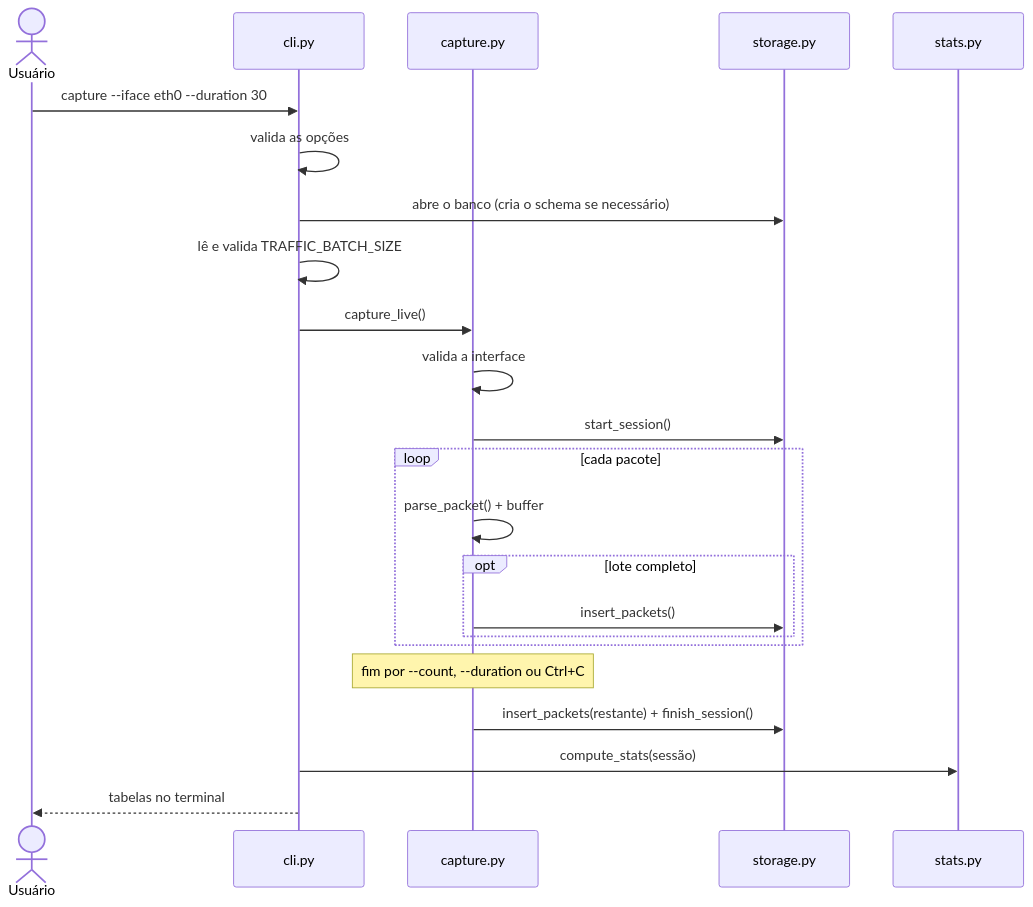
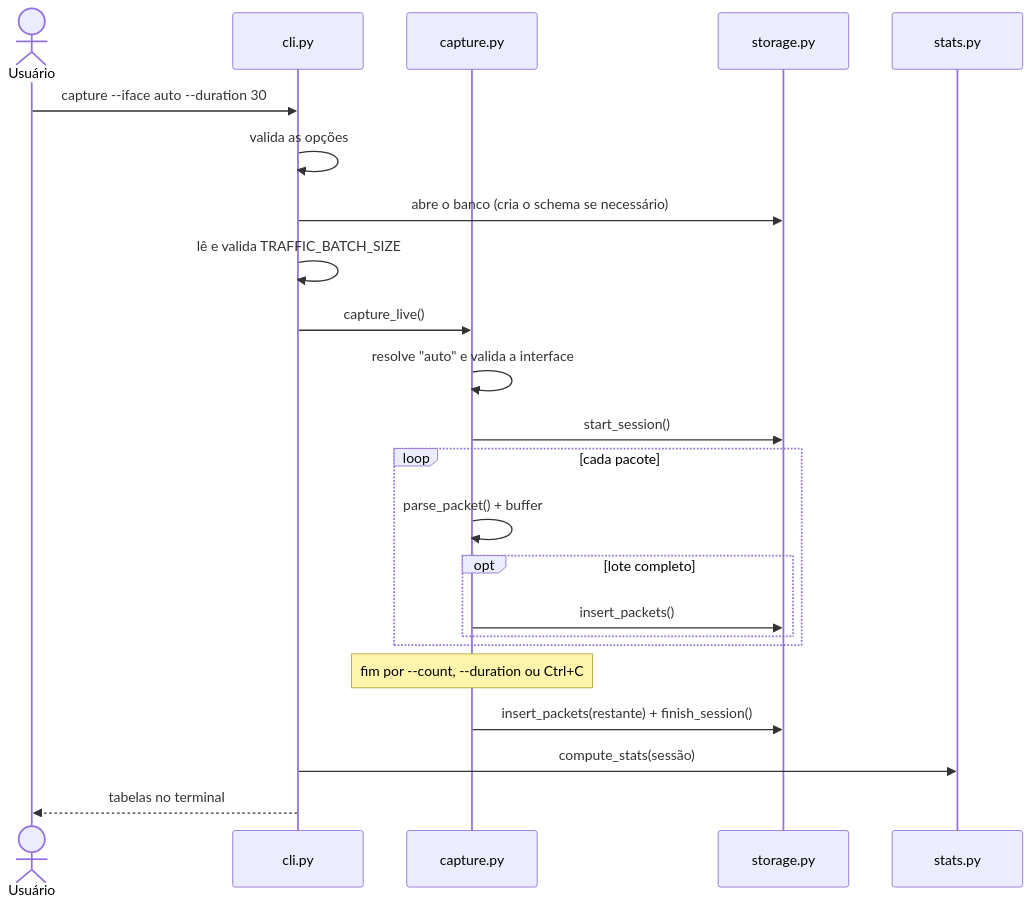
The second of 2 diagrams in docs/arquitetura.md (brunodrapalski-hue/Analizador-de-trafego), drawn with Mermaid before and after one commit. The commit also changed other lines of this file and 1 other file, not shown here.

Commit message:
docs: atualiza arquitetura e decisões (interface automática e formato de entrega)

````diff
--- a/docs/arquitetura.md
+++ b/docs/arquitetura.md
@@ -36,26 +36,26 @@
 ```mermaid
 sequenceDiagram
     actor U as Usuário
     participant CLI as cli.py
     participant CAP as capture.py
     participant STO as storage.py
     participant STA as stats.py
 
-    U->>CLI: capture --iface eth0 --duration 30
+    U->>CLI: capture --iface auto --duration 30
     CLI->>CLI: valida as opções
     CLI->>STO: abre o banco (cria o schema se necessário)
     CLI->>CLI: lê e valida TRAFFIC_BATCH_SIZE
     CLI->>CAP: capture_live()
-    CAP->>CAP: valida a interface
+    CAP->>CAP: resolve "auto" e valida a interface
     CAP->>STO: start_session()
     loop cada pacote
         CAP->>CAP: parse_packet() + buffer
         opt lote completo
             CAP->>STO: insert_packets()
         end
     end
     Note over CAP: fim por --count, --duration ou Ctrl+C
     CAP->>STO: insert_packets(restante) + finish_session()
     CLI->>STA: compute_stats(sessão)
     CLI-->>U: tabelas no terminal
 ```
````
